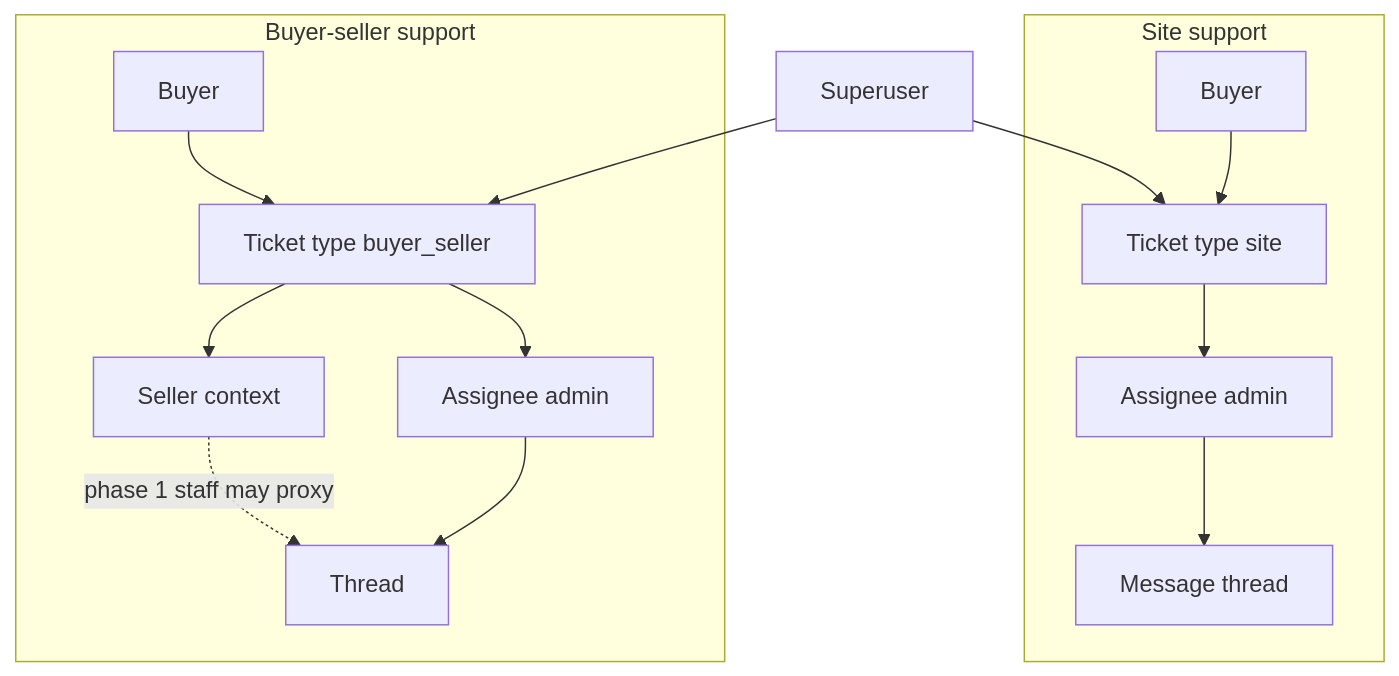
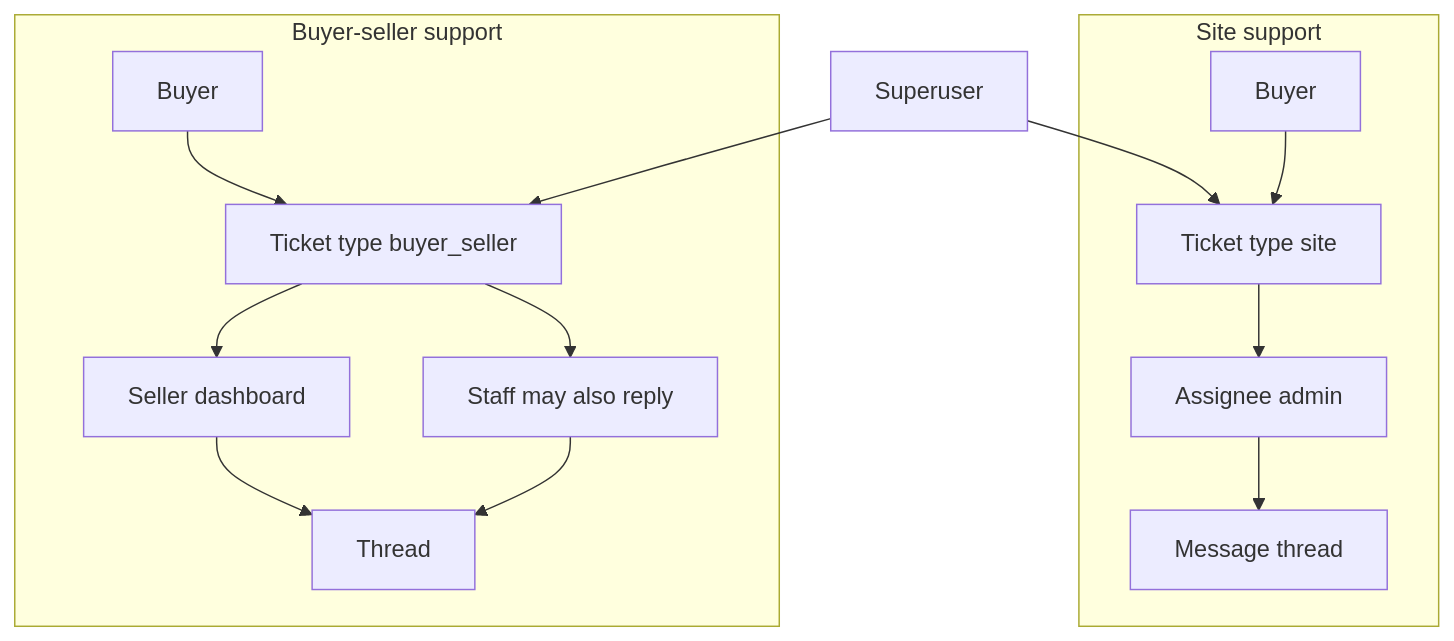
Before and after one commit to nafasebra/order-manager-docs: diagram 12 of 16 in data-flow.md, drawn with Mermaid. The commit also changed other lines of this file and 6 other files, not shown here.

````diff
--- a/data-flow.md
+++ b/data-flow.md
@@ -280,19 +289,19 @@
 ```mermaid
 flowchart TB
   subgraph Site support
     B1[Buyer] --> T1[Ticket type site]
     T1 --> A1[Assignee admin]
     A1 --> TH1[Message thread]
   end
 
   subgraph Buyer-seller support
     B2[Buyer] --> T2[Ticket type buyer_seller]
-    T2 --> SL[Seller context]
-    T2 --> A2[Assignee admin]
-    A2 --> TH2[Thread]
-    SL -.->|phase 1 staff may proxy| TH2
+    T2 --> SL[Seller dashboard]
+    T2 --> A2[Staff may also reply]
+    SL --> TH2[Thread]
+    A2 --> TH2
   end
 
   SU[Superuser] --> T1
   SU --> T2
 ```
````
